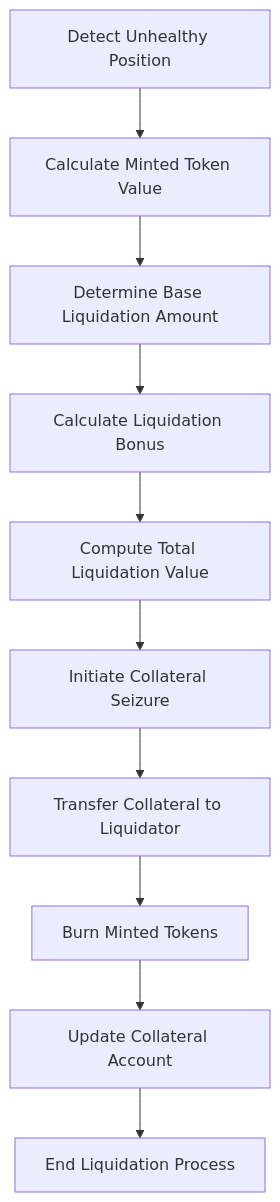
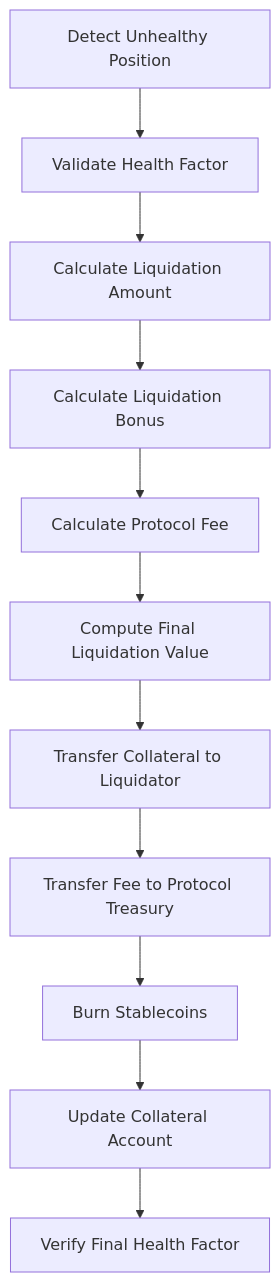
One commit to AymanF10/Stable-Coin changed the fourth of 7 diagrams in README.md. Above: the diagram before and after it, drawn with Mermaid. The commit also changed other lines of this file and 17 other files, not shown here.

````diff
--- a/README.md
+++ b/README.md
@@ -75,12 +101,13 @@
 ```mermaid
 flowchart TD
-    A[Detect Unhealthy Position] --> B[Calculate Minted Token Value]
-    B --> C[Determine Base Liquidation Amount]
+    A[Detect Unhealthy Position] --> B[Validate Health Factor]
+    B --> C[Calculate Liquidation Amount]
     C --> D[Calculate Liquidation Bonus]
-    D --> E[Compute Total Liquidation Value]
-    E --> F[Initiate Collateral Seizure]
+    D --> E[Calculate Protocol Fee]
+    E --> F[Compute Final Liquidation Value]
     F --> G[Transfer Collateral to Liquidator]
-    G --> H[Burn Minted Tokens]
-    H --> I[Update Collateral Account]
-    I --> J[End Liquidation Process]
+    G --> H[Transfer Fee to Protocol Treasury]
+    H --> I[Burn Stablecoins]
+    I --> J[Update Collateral Account]
+    J --> K[Verify Final Health Factor]
 ```
````
